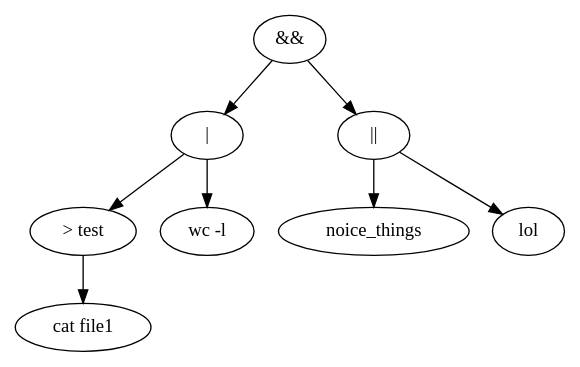
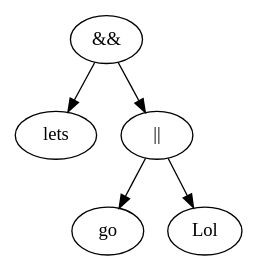
Before and after one commit to YeGoRenji/minishell-1337: the diagram in tree.dot, drawn with Graphviz. The commit also changed 10 other files, not shown here.

```diff
--- a/tree.dot
+++ b/tree.dot
@@ -1,17 +1,11 @@
 digraph yep {
-n0[label="&&"] ;
-n0 -> n1 ;
-n0 -> n2 ;
-n1[label="|"] ;
-n1 -> n11 ;
-n1 -> n12 ;
-n11[label="> test"] ;
-n11 -> n111 ;
-n111[label="cat file1 "] ;
-n12[label="wc -l "] ;
-n2[label="||"] ;
-n2 -> n21 ;
-n2 -> n22 ;
-n21[label="noice_things "] ;
-n22[label="lol "] ;
+	n0[label="&&"];
+	n0 -> n1;
+	n0 -> n2;
+	n1[label="lets "];
+	n2[label="||"];
+	n2 -> n21;
+	n2 -> n22;
+	n21[label="go "];
+	n22[label="Lol "];
 }
```
